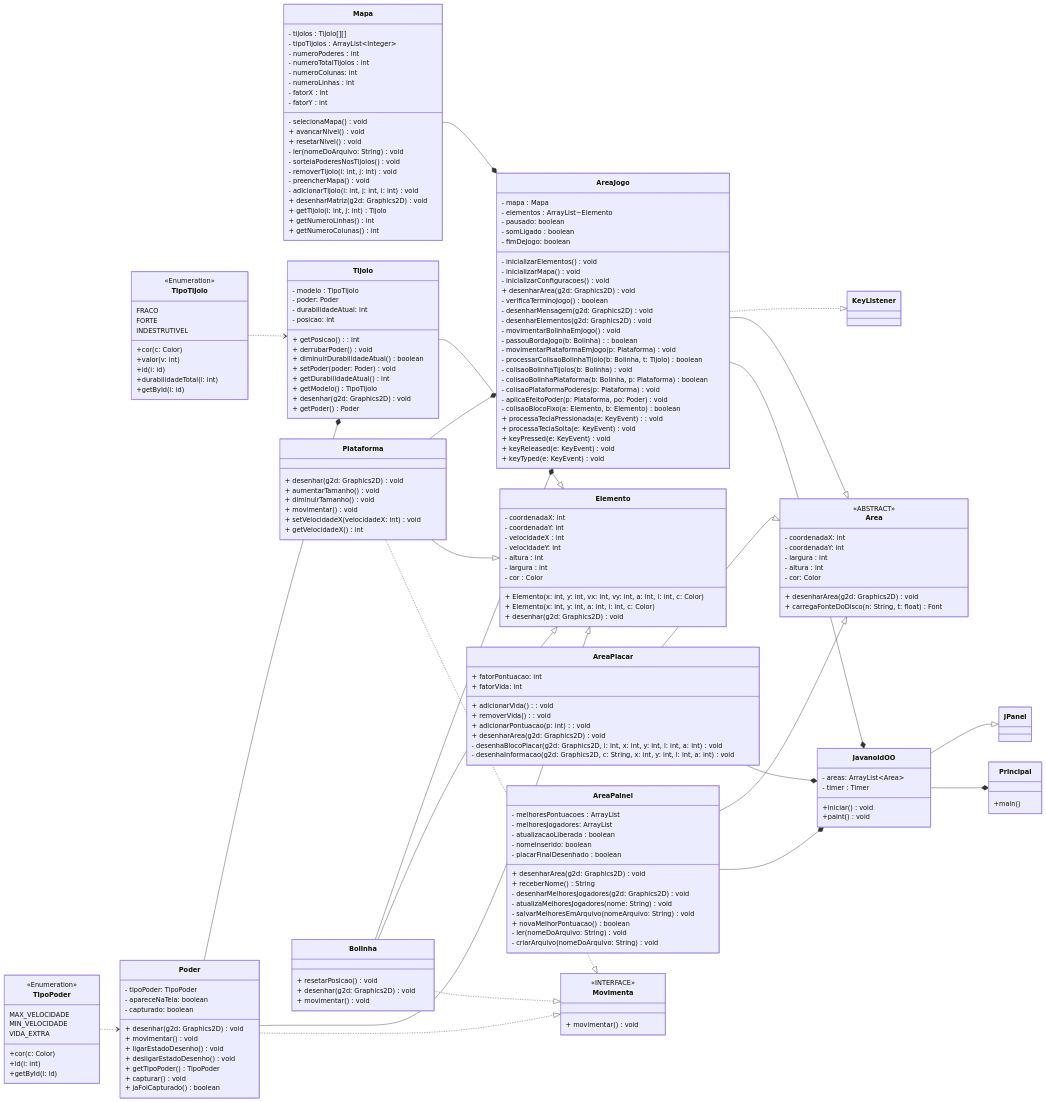
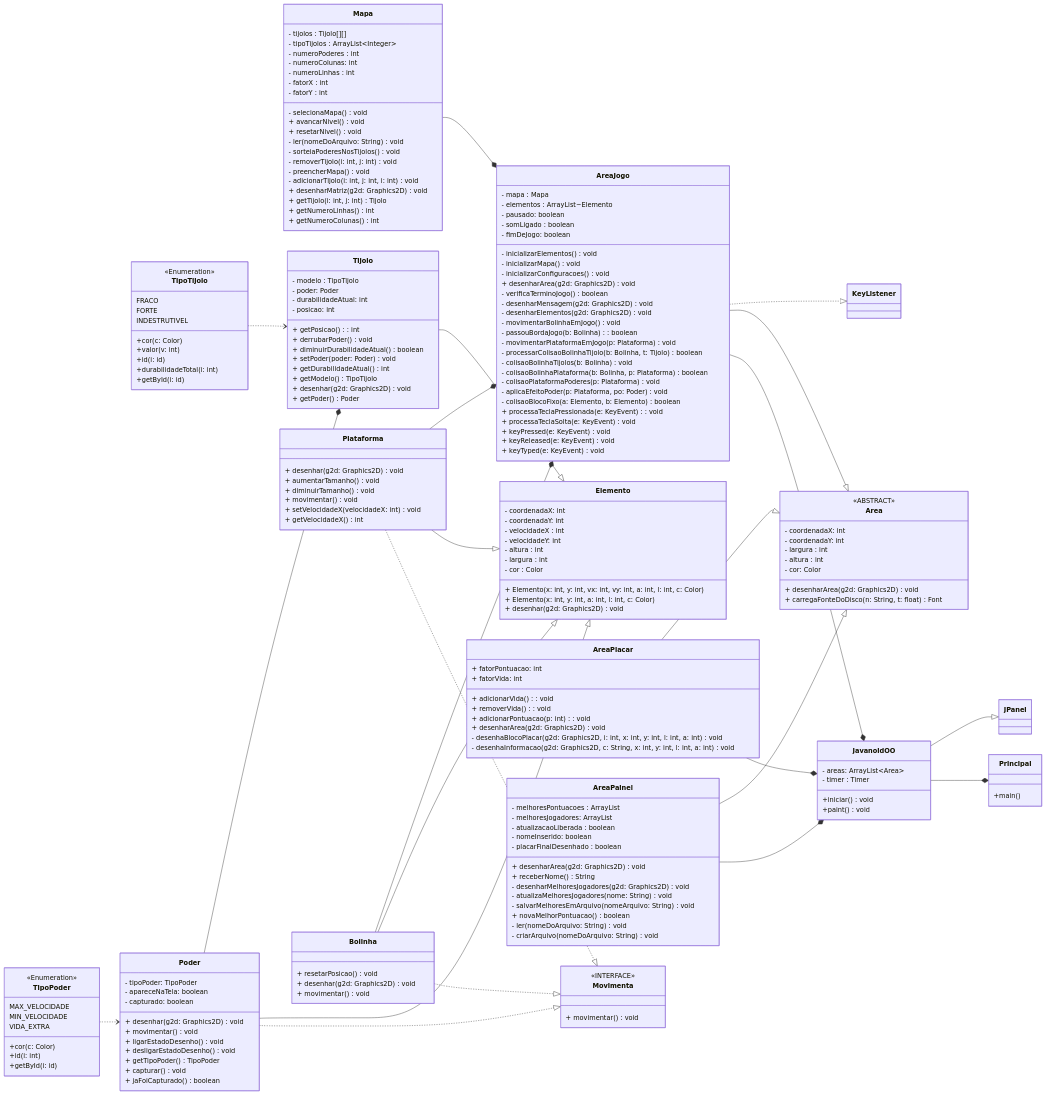
One commit to atugharajohn/JavanoidOO changed the diagram in readme.md. Above: the diagram before and after it, drawn with Mermaid. The commit also changed 1 other file, not shown here.

Commit message:
bug colisão tijolos

```diff
--- a/readme.md
+++ b/readme.md
@@ -15,7 +15,6 @@
         - tijolos : Tijolo[][]                 
         - tipoTijolos :  ArrayList~Integer~
         - numeroPoderes :  int                   
-        - numeroTotalTijolos :  int              
         - numeroColunas:   int                   
         - numeroLinhas :  int                    
         - fatorX :  int                          
```
